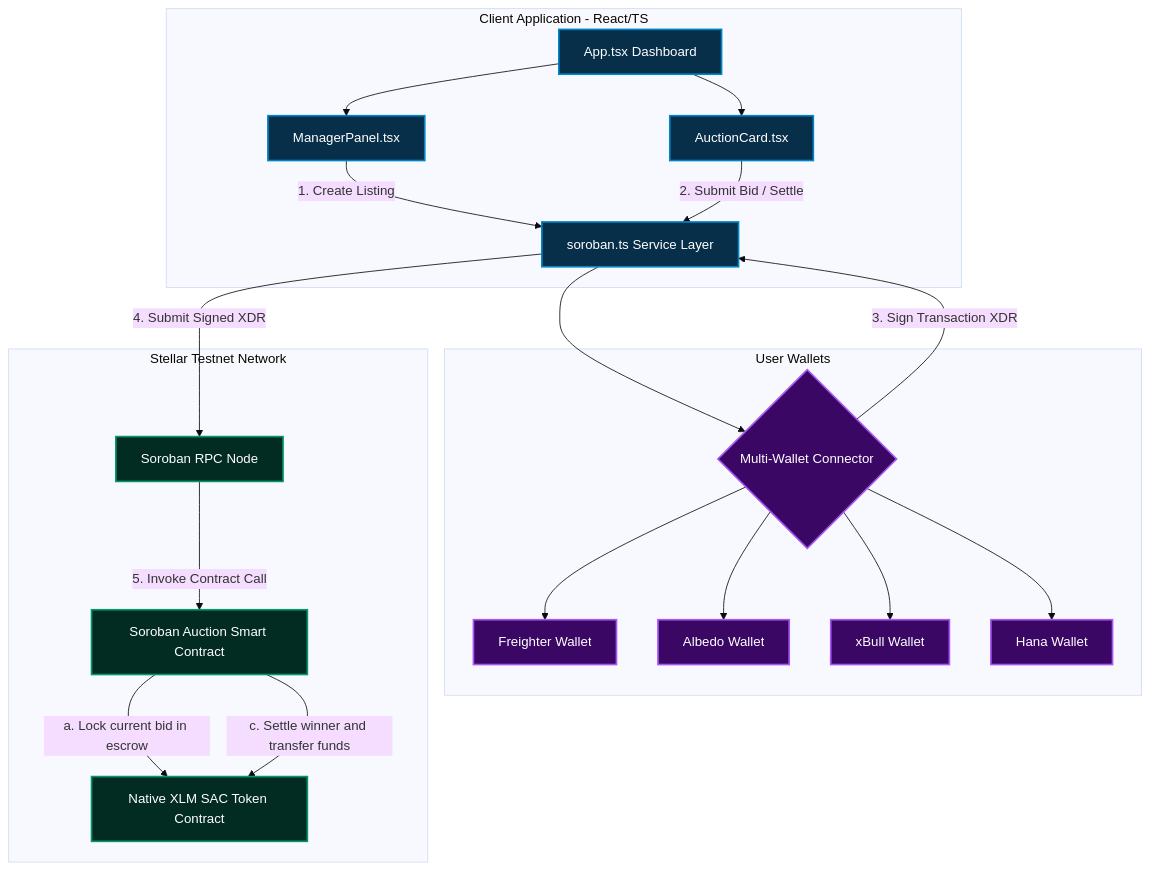
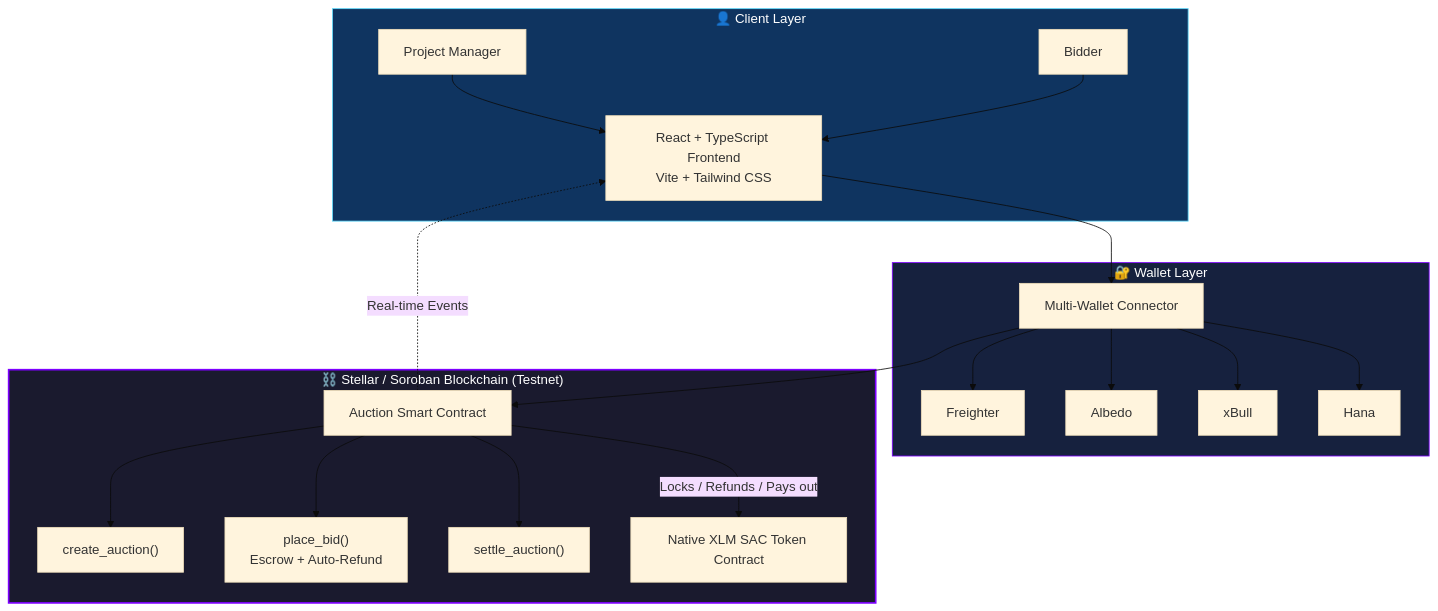
The first of 2 diagrams in README.md (pushpa-p7/BidX), drawn with Mermaid (base theme) before and after one commit. The commit also changed other lines of this file, not shown here.

````diff
--- a/README.md
+++ b/README.md
@@ -129,45 +75,31 @@
 ```mermaid
-graph TD
-    %% Styling
-    classDef frontend fill:#082f49,stroke:#0284c7,stroke-width:2px,color:#fff;
-    classDef blockchain fill:#022c22,stroke:#059669,stroke-width:2px,color:#fff;
-    classDef wallet fill:#3b0764,stroke:#a855f7,stroke-width:2px,color:#fff;
-
-    %% Nodes
-    subgraph Frontend [Client Application - React/TS]
-        App[App.tsx Dashboard]:::frontend
-        Panel[ManagerPanel.tsx]:::frontend
-        Card[AuctionCard.tsx]:::frontend
-        SorobanService[soroban.ts Service Layer]:::frontend
+graph TB
+    subgraph Client["👤 Client Layer"]
+        A["Project Manager"]
+        B["Bidder"]
+        A --> UI["React + TypeScript Frontend<br/>Vite + Tailwind CSS"]
+        B --> UI
     end
 
-    subgraph WalletLayer [User Wallets]
-        Wallets{Multi-Wallet Connector}:::wallet
-        Freighter[Freighter Wallet]:::wallet
-        Albedo[Albedo Wallet]:::wallet
-        XBull[xBull Wallet]:::wallet
-        Hana[Hana Wallet]:::wallet
+    subgraph WalletLayer["🔐 Wallet Layer"]
+        UI --> WC["Multi-Wallet Connector"]
+        WC --> FW["Freighter"]
+        WC --> AL["Albedo"]
+        WC --> XB["xBull"]
+        WC --> HN["Hana"]
     end
 
-    subgraph OnChain [Stellar Testnet Network]
-        RPC[Soroban RPC Node]:::blockchain
-        Contract[Soroban Auction Smart Contract]:::blockchain
-        SAC[Native XLM SAC Token Contract]:::blockchain
+    subgraph Chain["⛓️ Stellar / Soroban Blockchain (Testnet)"]
+        WC --> AC["Auction Smart Contract"]
+        AC --> Create["create_auction()"]
+        AC --> Bid["place_bid()<br/>Escrow + Auto-Refund"]
+        AC --> Settle["settle_auction()"]
+        AC -->|"Locks / Refunds / Pays out"| SAC["Native XLM SAC Token Contract"]
     end
 
-    %% Flow/Connections
-    App --> Panel & Card
-    Panel -- "1. Create Listing" --> SorobanService
-    Card -- "2. Submit Bid / Settle" --> SorobanService
+    AC -.->|"Real-time Events"| UI
 
-    SorobanService --> Wallets
-    Wallets --> Freighter & Albedo & XBull & Hana
-
-    Wallets -- "3. Sign Transaction XDR" --> SorobanService
-    SorobanService -- "4. Submit Signed XDR" --> RPC
-    RPC -- "5. Invoke Contract Call" --> Contract
-
-    %% Contract Logic Flow
-    Contract -- "a. Lock current bid in escrow" --> SAC
-    Contract -- "c. Settle winner and transfer funds" --> SAC
+    style Chain fill:#1a1a2e,color:#fff,stroke:#7D00FF,stroke-width:2px
+    style WalletLayer fill:#16213e,color:#fff,stroke:#7D00FF
+    style Client fill:#0f3460,color:#fff,stroke:#61DAFB
 ```
````
